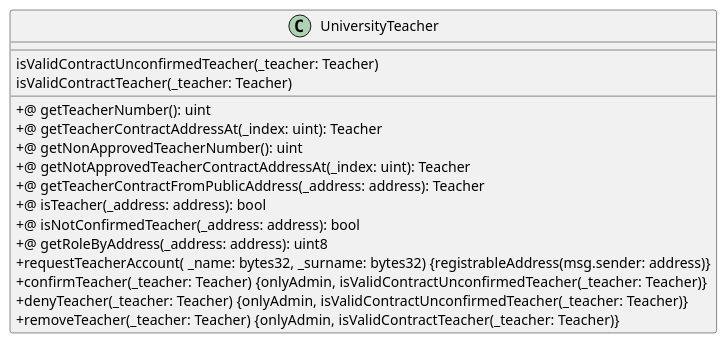
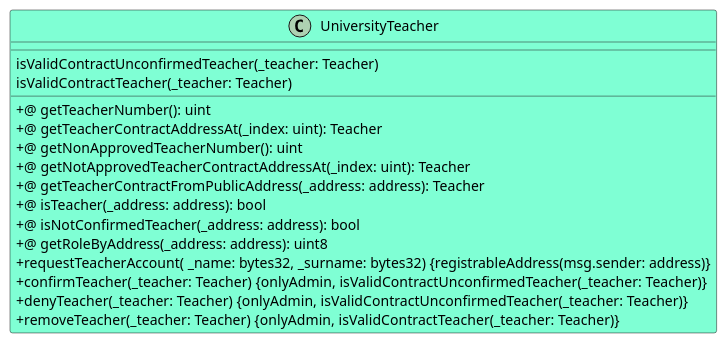
One commit to M9k/Marvin-Uml changed the diagram in Solidity/Contracts/UniversityTeacher.iuml. Above: the diagram before and after it, drawn with PlantUML. The commit also changed 9 other files, not shown here.

```diff
--- a/Solidity/Contracts/UniversityTeacher.iuml
+++ b/Solidity/Contracts/UniversityTeacher.iuml
@@ -1,21 +1,21 @@
 @startuml
 skinparam classAttributeIconSize 0
-class UniversityTeacher{
+class UniversityTeacher #AquaMarine {
 __
 isValidContractUnconfirmedTeacher(_teacher: Teacher)
 isValidContractTeacher(_teacher: Teacher)
 __
 +@ getTeacherNumber(): uint
 +@ getTeacherContractAddressAt(_index: uint): Teacher
 +@ getNonApprovedTeacherNumber(): uint
 +@ getNotApprovedTeacherContractAddressAt(_index: uint): Teacher
 +@ getTeacherContractFromPublicAddress(_address: address): Teacher
 +@ isTeacher(_address: address): bool
 +@ isNotConfirmedTeacher(_address: address): bool
 +@ getRoleByAddress(_address: address): uint8
 + requestTeacherAccount( _name: bytes32, _surname: bytes32) {registrableAddress(msg.sender: address)}
 + confirmTeacher(_teacher: Teacher) {onlyAdmin, isValidContractUnconfirmedTeacher(_teacher: Teacher)}
 + denyTeacher(_teacher: Teacher) {onlyAdmin, isValidContractUnconfirmedTeacher(_teacher: Teacher)}
 + removeTeacher(_teacher: Teacher) {onlyAdmin, isValidContractTeacher(_teacher: Teacher)}
 }
 @enduml
```
